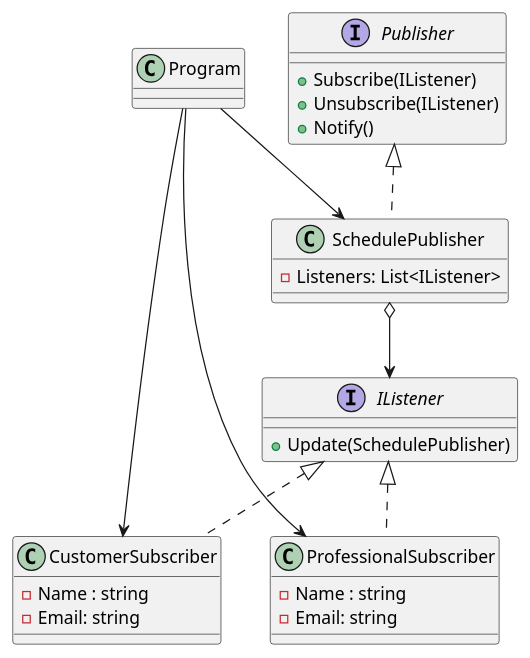
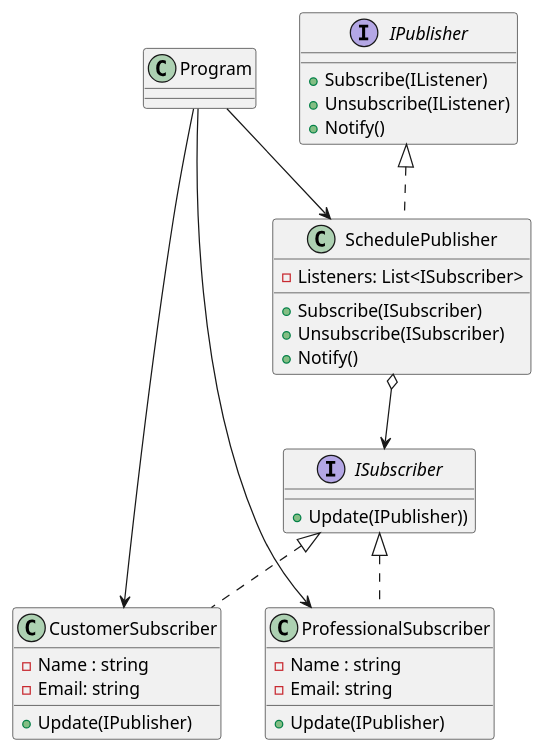
Before and after one commit to silviobassi/DesignPatternGof: the diagram in Pattern.Gof/Observer/Diagram.puml, drawn with PlantUML. The commit also changed 1 other file, not shown here.

Commit message:
refactor: adding interface methods on concrete classes

```diff
--- a/Pattern.Gof/Observer/Diagram.puml
+++ b/Pattern.Gof/Observer/Diagram.puml
@@ -1,41 +1,46 @@
 @startuml
 
-interface IListener {
-   +Update(SchedulePublisher)
+interface ISubscriber {
+   +Update(IPublisher))
 }
 
-interface Publisher {
+interface IPublisher {
    +Subscribe(IListener)
    +Unsubscribe(IListener)
    +Notify()
 }
 
 class SchedulePublisher {
-   -Listeners: List<IListener>
+   -Listeners: List<ISubscriber>
+    +Subscribe(ISubscriber)
+    +Unsubscribe(ISubscriber)
+    +Notify()
 }
 
 class ProfessionalSubscriber {
    -Name : string
    -Email: string
+   +Update(IPublisher)
 }
 
 class CustomerSubscriber {
    -Name : string
    -Email: string
+    +Update(IPublisher)
 }
 
 class Program {
   
 }
 
-Publisher <|.. SchedulePublisher
-IListener <|.. ProfessionalSubscriber
-IListener <|.. CustomerSubscriber
+IPublisher <|.. SchedulePublisher
+ISubscriber <|.. ProfessionalSubscriber
+ISubscriber <|.. CustomerSubscriber
 
 Program --> CustomerSubscriber
 Program --> ProfessionalSubscriber
 Program --> SchedulePublisher
 
-SchedulePublisher o--> IListener
+SchedulePublisher o--> ISubscriber
 
 @enduml
```
